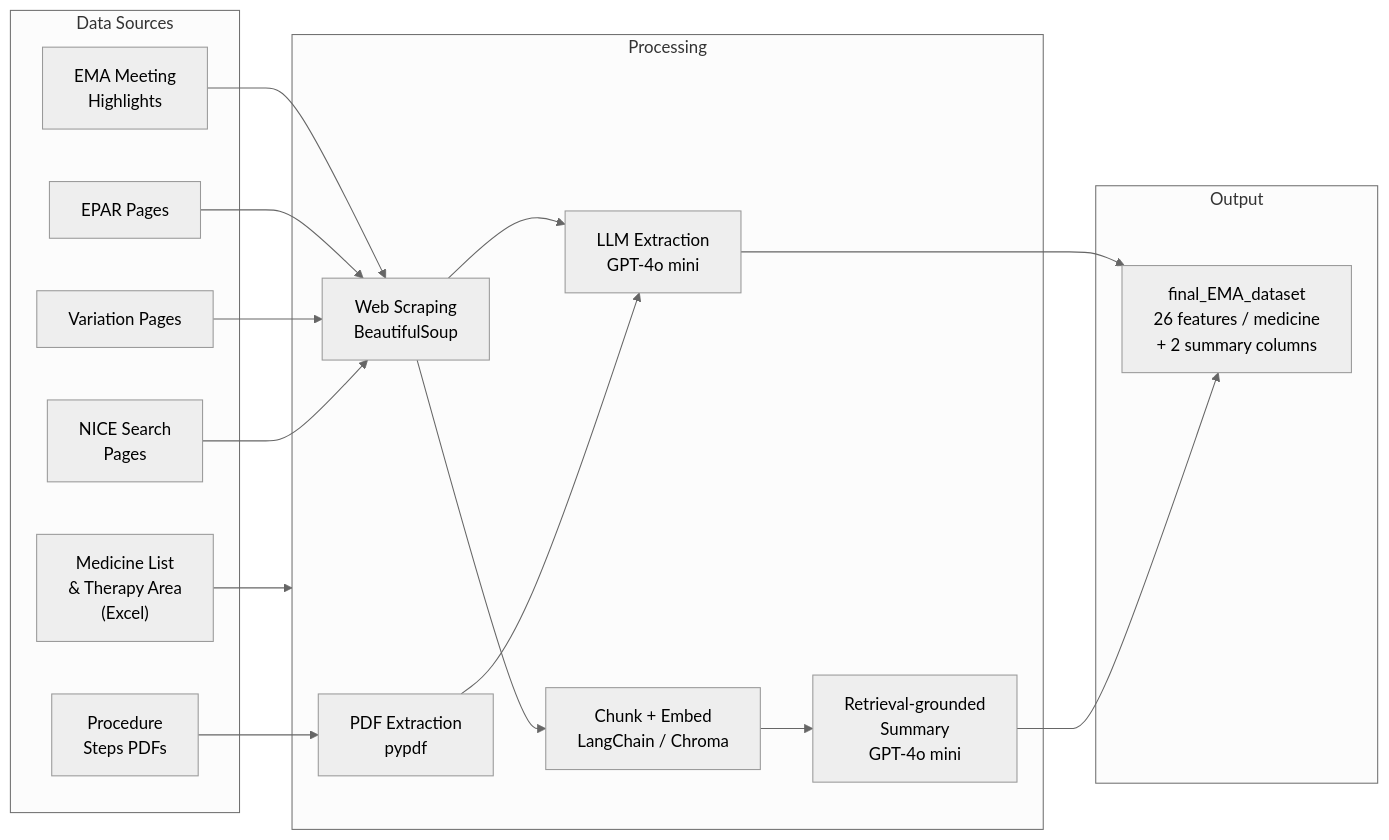
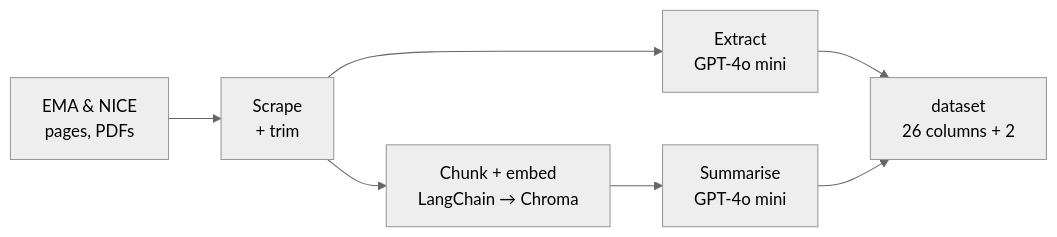
One commit to yumi-h-1/Automated-EMA-NICE-Data-Scraping changed the diagram in README.md. Above: the diagram before and after it, drawn with Mermaid (neutral theme). The commit also changed other lines of this file and 4 other files, not shown here.

````diff
--- a/README.md
+++ b/README.md
@@ -19,33 +19,9 @@
 ```mermaid
 flowchart LR
-    subgraph src["Data Sources"]
-        A1["EMA Meeting\nHighlights"]
-        A2["EPAR Pages"]
-        A3["Variation Pages"]
-        A4["Procedure\nSteps PDFs"]
-        A5["NICE Search\nPages"]
-        A6["Medicine List\n& Therapy Area\n(Excel)"]
-    end
-
-    subgraph proc["Processing"]
-        B1["Web Scraping\nBeautifulSoup"]
-        B2["PDF Extraction\npypdf"]
-        B3["LLM Extraction\nGPT-4o mini"]
-        B4["Chunk + Embed\nLangChain / Chroma"]
-        B5["Retrieval-grounded\nSummary\nGPT-4o mini"]
-    end
-
-    subgraph out["Output"]
-        C1["final_EMA_dataset\n26 features / medicine\n+ 2 summary columns"]
-    end
-
-    A1 & A2 & A3 & A5 --> B1
-    A4 --> B2
-    A6 --> proc
-    B1 --> B3
-    B2 --> B3
-    B3 --> C1
-    B1 --> B4
-    B4 --> B5
-    B5 --> C1
+    A["EMA & NICE\npages, PDFs"] --> B["Scrape\n+ trim"]
+    B --> C["Extract\nGPT-4o mini"]
+    B --> D["Chunk + embed\nLangChain → Chroma"]
+    D --> E["Summarise\nGPT-4o mini"]
+    C --> F["dataset\n26 columns + 2"]
+    E --> F
 ```
````
